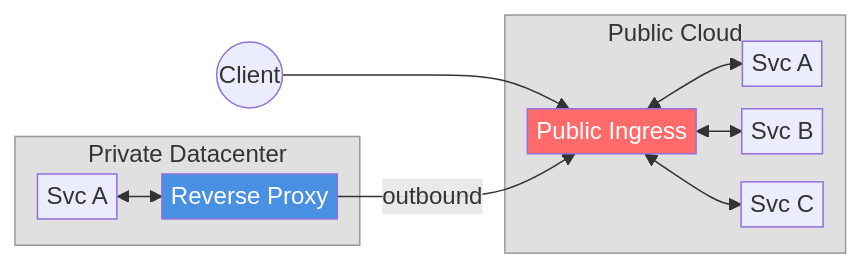
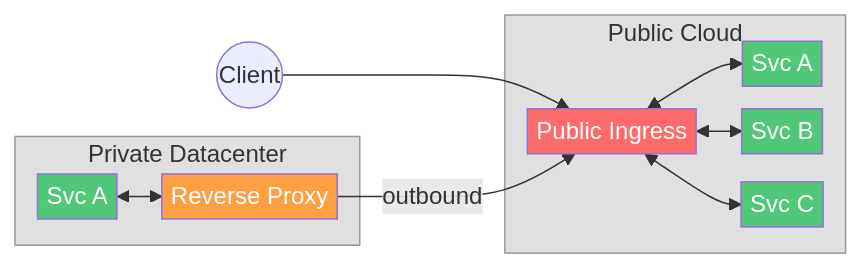
The first of 7 diagrams in presentations/slim-multicluster-demo/slim-multicluster-demo.md (agntcy/blogs), drawn with Mermaid before and after one commit.

Commit message:
docs: update color

````diff
--- a/presentations/slim-multicluster-demo/slim-multicluster-demo.md
+++ b/presentations/slim-multicluster-demo/slim-multicluster-demo.md
@@ -20,19 +20,23 @@
 ```mermaid
 %%{init: {'flowchart': {'nodeSpacing': 15, 'rankSpacing': 30, 'padding': 3}}}%%
 graph LR
     subgraph PRV["Private Datacenter"]
         S4[Svc A] <--> RP[Reverse Proxy]
     end
     subgraph PUB["Public Cloud"]
         IG[Public Ingress]
         IG <--> S1[Svc A]
         IG <--> S2[Svc B]
         IG <--> S3[Svc C]
     end
     C((Client)) --> IG
     RP -- "outbound" --> IG
     style IG fill:#FF6B6B,color:#fff
-    style RP fill:#4A90E2,color:#fff
+    style RP fill:#FF9F43,color:#fff
     style PUB fill:#e0e0e0,stroke:#999,color:#333
     style PRV fill:#e0e0e0,stroke:#999,color:#333
+    style S1 fill:#50C878,color:#fff
+    style S2 fill:#50C878,color:#fff
+    style S3 fill:#50C878,color:#fff
+    style S4 fill:#50C878,color:#fff
 ```
````
